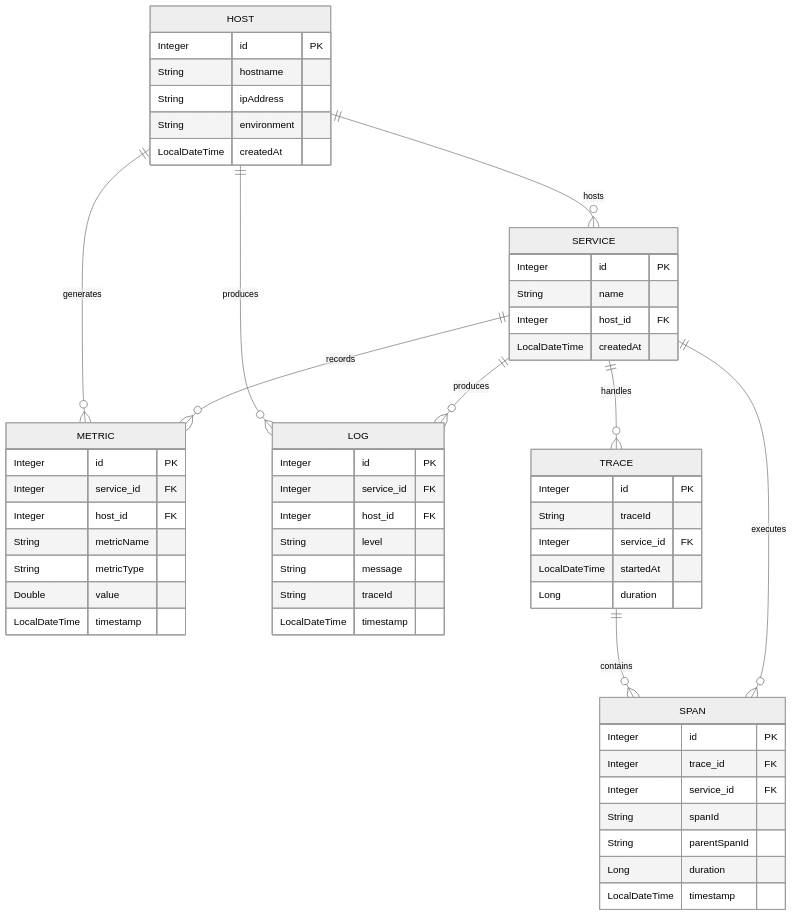
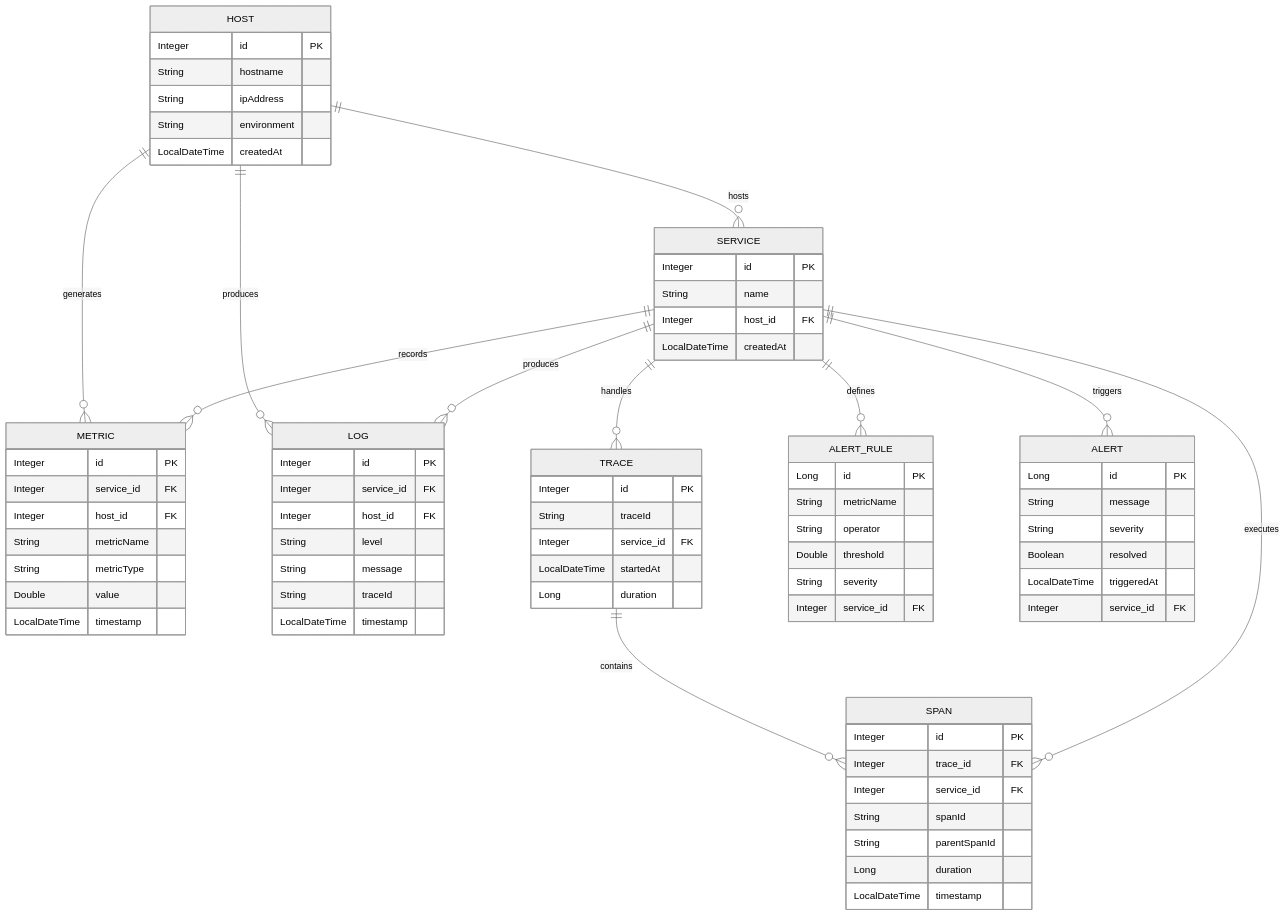
One commit to QUBITABHAY/Observatory changed the diagram in ER.md. Above: the diagram before and after it, drawn with Mermaid (neutral theme). The commit also changed other lines of this file and 9 other files, not shown here.

````diff
--- a/ER.md
+++ b/ER.md
@@ -54,6 +54,24 @@
         LocalDateTime timestamp
     }
 
+    ALERT_RULE {
+        Long id PK
+        String metricName
+        String operator
+        Double threshold
+        String severity
+        Integer service_id FK
+    }
+
+    ALERT {
+        Long id PK
+        String message
+        String severity
+        Boolean resolved
+        LocalDateTime triggeredAt
+        Integer service_id FK
+    }
+
     HOST ||--o{ SERVICE : hosts
     HOST ||--o{ METRIC : generates
     HOST ||--o{ LOG : produces
@@ -64,4 +82,6 @@
 
     TRACE ||--o{ SPAN : contains
     SERVICE ||--o{ SPAN : executes
+    SERVICE ||--o{ ALERT_RULE : defines
+    SERVICE ||--o{ ALERT : triggers
 ```
````
